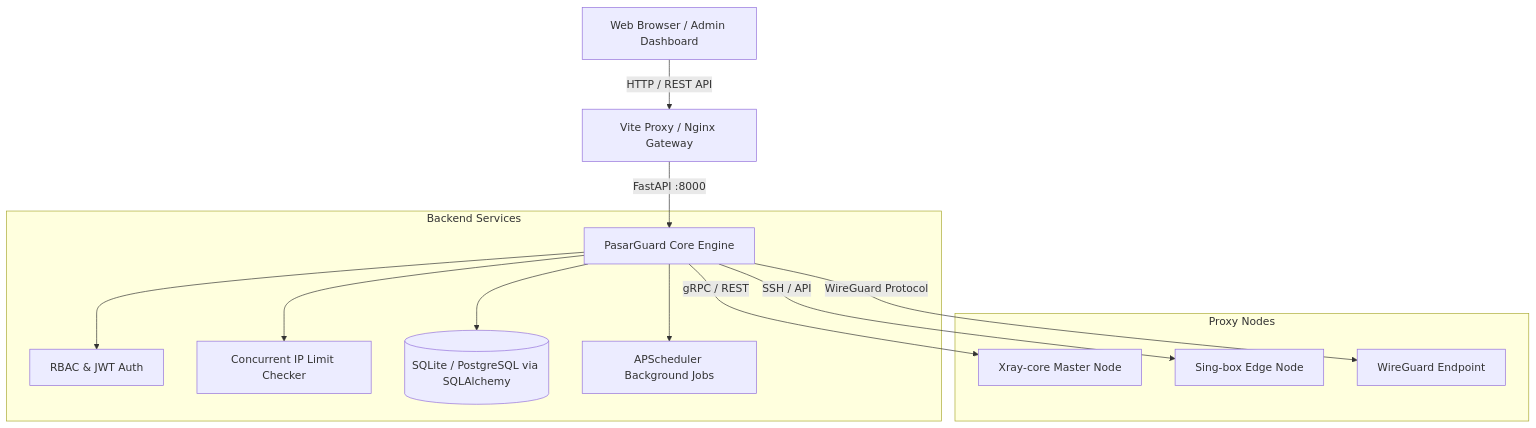
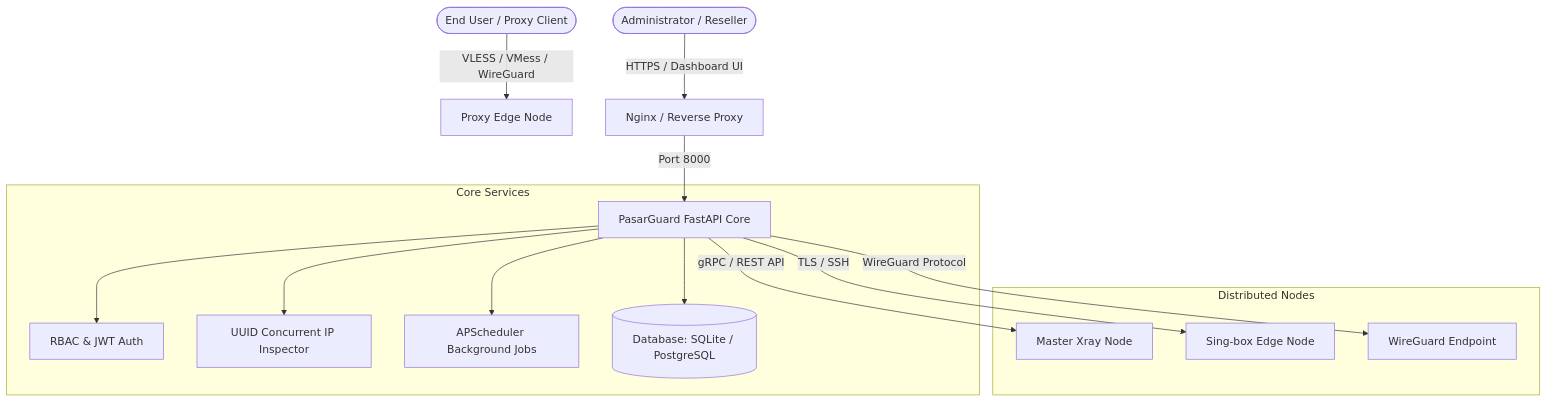
Before and after one commit to baglanemelian/pasarguard: the diagram in README.md, drawn with Mermaid. The commit also changed other lines of this file, not shown here.

````diff
--- a/README.md
+++ b/README.md
@@ -141,18 +427,20 @@
 ```mermaid
 graph TD
-    Client[Web Browser / Admin Dashboard] -->|HTTP / REST API| Proxy[Vite Proxy / Nginx Gateway]
-    Proxy -->|FastAPI :8000| Backend[PasarGuard Core Engine]
+    User([End User / Proxy Client]) -->|VLESS / VMess / WireGuard| Node[Proxy Edge Node]
+    Admin([Administrator / Reseller]) -->|HTTPS / Dashboard UI| Gateway[Nginx / Reverse Proxy]
     
-    subgraph Backend Services
-        Backend --> Auth[RBAC & JWT Auth]
-        Backend --> Limiter[Concurrent IP Limit Checker]
-        Backend --> DB[(SQLite / PostgreSQL via SQLAlchemy)]
-        Backend --> Scheduler[APScheduler Background Jobs]
+    Gateway -->|Port 8000| Core[PasarGuard FastAPI Core]
+    
+    subgraph Core Services
+        Core --> Auth[RBAC & JWT Auth]
+        Core --> IPLimiter[UUID Concurrent IP Inspector]
+        Core --> Scheduler[APScheduler Background Jobs]
+        Core --> DB[(Database: SQLite / PostgreSQL)]
     end
     
-    subgraph Proxy Nodes
-        Backend -->|gRPC / REST| Node1[Xray-core Master Node]
-        Backend -->|SSH / API| Node2[Sing-box Edge Node]
-        Backend -->|WireGuard Protocol| Node3[WireGuard Endpoint]
+    subgraph Distributed Nodes
+        Core -->|gRPC / REST API| MasterNode[Master Xray Node]
+        Core -->|TLS / SSH| EdgeNode1[Sing-box Edge Node]
+        Core -->|WireGuard Protocol| EdgeNode2[WireGuard Endpoint]
     end
 ```
````
